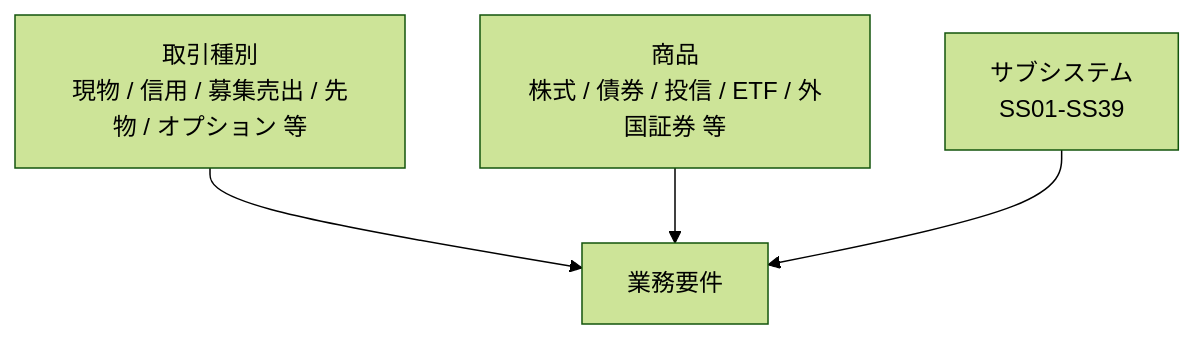
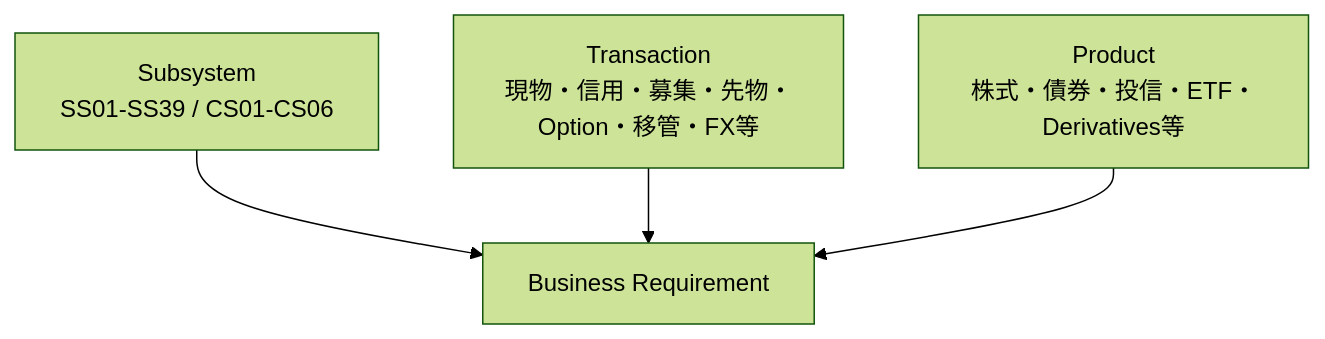
One commit to skyTreeCN/jp-securitie-skills changed the third of 3 diagrams in docs/01-architecture/SYSTEM_LANDSCAPE.md. Above: the diagram before and after it, drawn with Mermaid (forest theme). The commit also changed other lines of this file, not shown here.

````diff
--- a/docs/01-architecture/SYSTEM_LANDSCAPE.md
+++ b/docs/01-architecture/SYSTEM_LANDSCAPE.md
@@ -69,10 +116,10 @@
 ```mermaid
 flowchart TB
-  T[取引種別\n現物 / 信用 / 募集売出 / 先物 / オプション 等]
-  P[商品\n株式 / 債券 / 投信 / ETF / 外国証券 等]
-  S[サブシステム\nSS01-SS39]
+  SS[Subsystem\nSS01-SS39 / CS01-CS06]
+  TR[Transaction\n現物・信用・募集・先物・Option・移管・FX等]
+  PR[Product\n株式・債券・投信・ETF・Derivatives等]
 
-  T --> R[業務要件]
-  P --> R
-  S --> R
+  SS --> REQ[Business Requirement]
+  TR --> REQ
+  PR --> REQ
 ```
````
